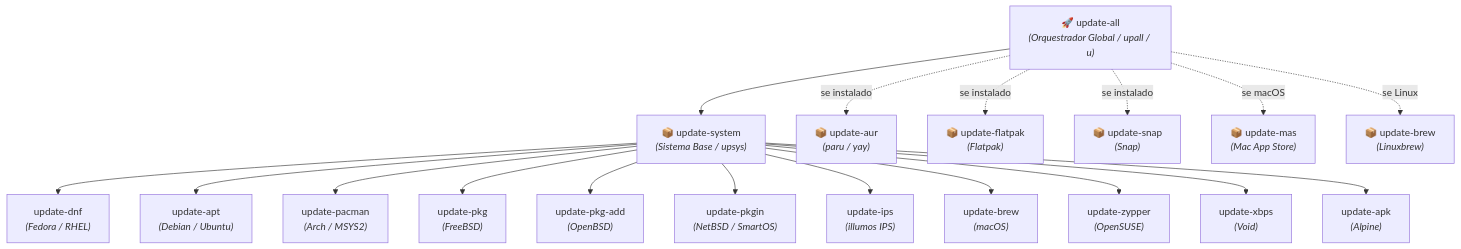
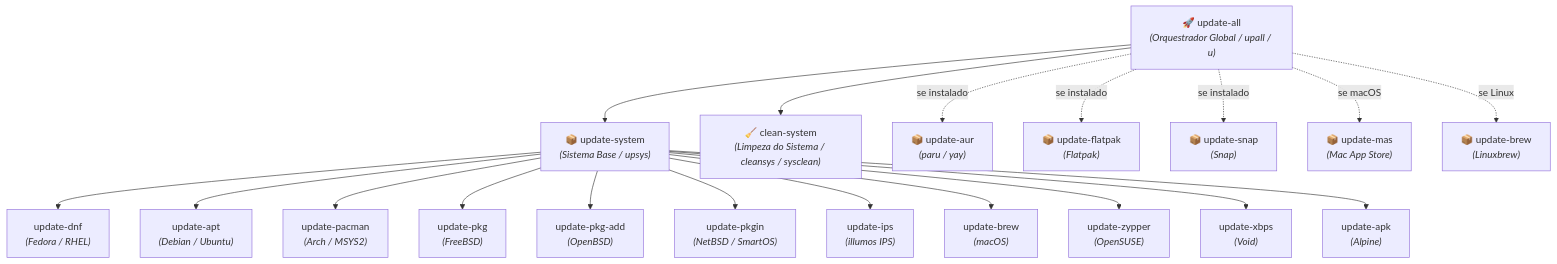
Before and after one commit to GabrielFrigo4/shell: the diagram in docs/ALIASES.md, drawn with Mermaid. The commit also changed other lines of this file and 8 other files, not shown here.

Commit message:
feat(system): add clean-system with cleansys and sysclean aliases and integrate into update-all

````diff
--- a/docs/ALIASES.md
+++ b/docs/ALIASES.md
@@ -57,24 +57,26 @@
 ```mermaid
 flowchart TD
     UPALL["🚀 update-all<br/><i>(Orquestrador Global / upall / u)</i>"]
     UPSYS["📦 update-system<br/><i>(Sistema Base / upsys)</i>"]
+    CLEANSYS["🧹 clean-system<br/><i>(Limpeza do Sistema / cleansys / sysclean)</i>"]
 
     UPALL --> UPSYS
+    UPALL --> CLEANSYS
     UPALL -.->|se instalado| AUR["📦 update-aur<br/><i>(paru / yay)</i>"]
     UPALL -.->|se instalado| FLAT["📦 update-flatpak<br/><i>(Flatpak)</i>"]
     UPALL -.->|se instalado| SNAP["📦 update-snap<br/><i>(Snap)</i>"]
     UPALL -.->|se macOS| MAS["📦 update-mas<br/><i>(Mac App Store)</i>"]
     UPALL -.->|se Linux| LBR["📦 update-brew<br/><i>(Linuxbrew)</i>"]
 
     UPSYS --> DNF["update-dnf<br/><i>(Fedora / RHEL)</i>"]
     UPSYS --> APT["update-apt<br/><i>(Debian / Ubuntu)</i>"]
     UPSYS --> MAN["update-pacman<br/><i>(Arch / MSYS2)</i>"]
     UPSYS --> PKG["update-pkg<br/><i>(FreeBSD)</i>"]
     UPSYS --> ADD["update-pkg-add<br/><i>(OpenBSD)</i>"]
     UPSYS --> IN["update-pkgin<br/><i>(NetBSD / SmartOS)</i>"]
     UPSYS --> IPS["update-ips<br/><i>(illumos IPS)</i>"]
     UPSYS --> BREW["update-brew<br/><i>(macOS)</i>"]
     UPSYS --> ZYP["update-zypper<br/><i>(OpenSUSE)</i>"]
     UPSYS --> XBPS["update-xbps<br/><i>(Void)</i>"]
     UPSYS --> APK["update-apk<br/><i>(Alpine)</i>"]
 ```
````
